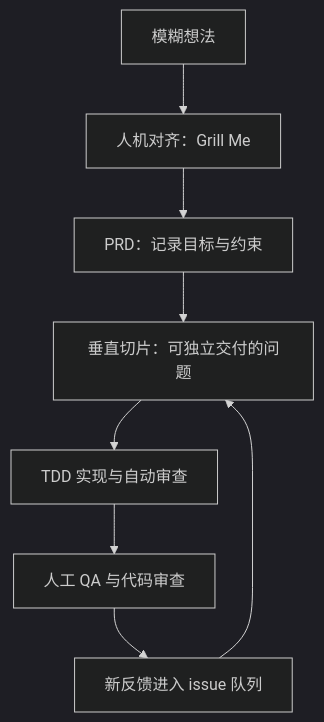
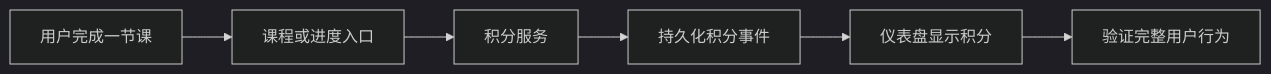
The second of 10 diagrams in Full Walkthrough Workflow for AI Coding — Matt Pocock/book.md (JoeyRedfield/videobook), drawn with Mermaid (dark theme) before and after one commit. The commit also changed other lines of this file and 21 other files, not shown here.

````diff
--- a/Full Walkthrough Workflow for AI Coding — Matt Pocock/book.md
+++ b/Full Walkthrough Workflow for AI Coding — Matt Pocock/book.md
@@ -15,10 +366,8 @@
 ```mermaid
-flowchart TD
-    A[模糊想法] --> B[人机对齐：Grill Me]
-    B --> C[PRD：记录目标与约束]
-    C --> D[垂直切片：可独立交付的问题]
-    D --> E[TDD 实现与自动审查]
-    E --> F[人工 QA 与代码审查]
-    F --> G[新反馈进入 issue 队列]
-    G --> D
+flowchart LR
+    U[用户完成一节课] --> R[课程或进度入口]
+    R --> S[积分服务]
+    S --> D[持久化积分事件]
+    D --> V[仪表盘显示积分]
+    V --> Q[验证完整用户行为]
 ```
````
